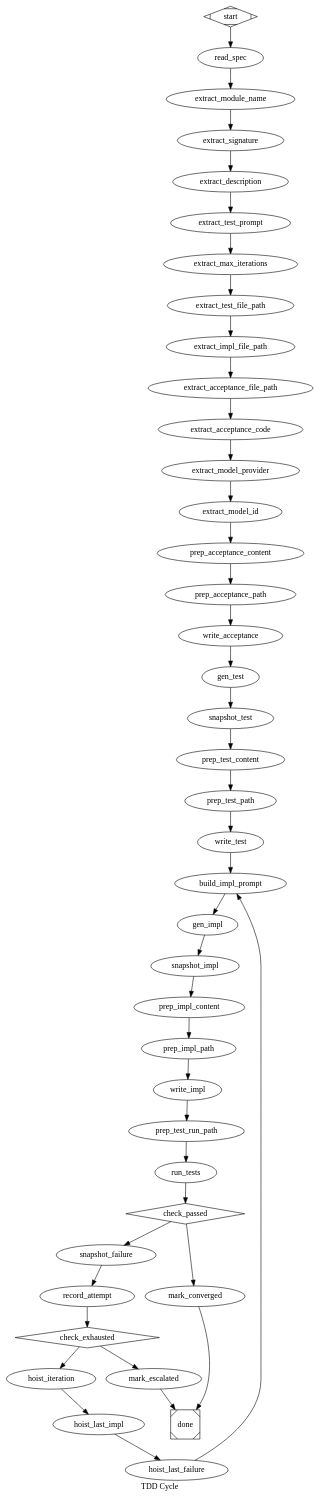
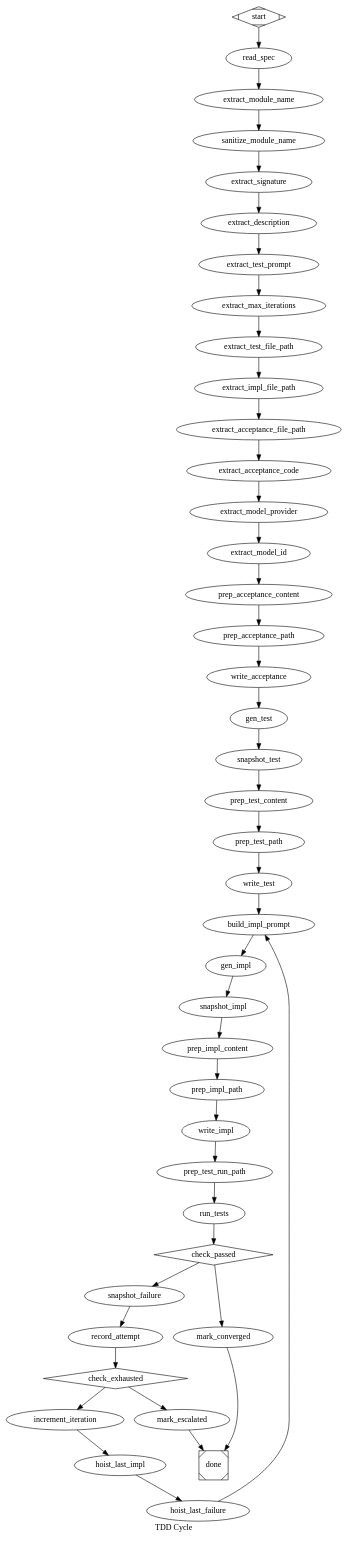
Before and after one commit to trust-arbor/arbor: the diagram in apps/arbor_orchestrator/specs/pipelines/examples/tdd-cycle.dot, drawn with Graphviz. The commit also changed 6 other files, not shown here.

Commit message:
Fix provider-backed example tests and TDD retry flow

```diff
--- a/apps/arbor_orchestrator/specs/pipelines/examples/tdd-cycle.dot
+++ b/apps/arbor_orchestrator/specs/pipelines/examples/tdd-cycle.dot
@@ -95,6 +95,16 @@
     transform="json_extract",
     source_key="last_response",
     expression="module_name",
+    output_key="module_name"
+  ]
+
+  // BuildImplPrompt treats the spec's module name as a control input. Keep
+  // its untrusted provenance and satisfy the action's command-injection gate
+  // before passing it into the implementation prompt.
+  sanitize_module_name [
+    type="sanitize",
+    sanitize="command_injection",
+    source_key="module_name",
     output_key="module_name"
   ]
 
@@ -222,7 +232,7 @@
     // (e.g. 1024) cuts off mid-CoT and we receive an empty answer.
     max_tokens="8192",
     temperature="0.1",
-    timeout="300000",
+    timeout="600000",
     system_prompt="You write complete, compilable ExUnit test modules for Elixir. Output ONLY the test module source, starting with `defmodule`. No markdown fences. No prose. REQUIREMENTS: (1) module name is the target module name with 'Test' appended (e.g. FizzBuzzTest); (2) MUST include `use ExUnit.Case` immediately inside the module; (3) use `test \"description\" do ... assert <expr> == <expected> end` for each case. Example shape: `defmodule FooTest do\\n  use ExUnit.Case\\n  test \"basic\" do\\n    assert Foo.bar(1) == 2\\n  end\\nend`. Never omit `use ExUnit.Case`.",
     prompt_context_key="test_prompt"
   ]
@@ -283,8 +293,8 @@
     use_tools="false",
     max_tokens="8192",
     temperature="0.3",
-    timeout="300000",
-    system_prompt="You implement Elixir modules. Output ONLY the module source code, starting with `defmodule`. No markdown fences. No prose. No explanation of your reasoning. Just the code. ELIXIR REMINDERS: (1) Strings are binaries, NOT lists. Use `<<h::binary-size(1), rest::binary>>` to pattern-match the first byte, NEVER `[h | t]` on a string. (2) `hd/1` and `tl/1` work on lists, not binaries; for binaries use binary pattern matching or `String.first/1` / `String.slice/3`. (3) Use binary concatenation `<>` for strings, not `++`. (4) When recursing over a string, the base case is `<<>>` (empty binary), not `[]`.",
+    timeout="600000",
+    system_prompt="You implement Elixir modules. Output ONLY the module source code, starting with `defmodule`. No markdown fences. No prose. No explanation of your reasoning. Just the code. ELIXIR REMINDERS: (1) Strings are binaries, NOT lists. Use `<<h::binary-size(1), rest::binary>>` to pattern-match the first byte, NEVER `[h | t]` on a string. (2) `hd/1` and `tl/1` work on lists, not binaries; for binaries use binary pattern matching or `String.first/1` / `String.slice/3`. (3) Use binary concatenation `<>` for strings, not `++`. (4) When recursing over a string, the base case is `<<>>` (empty binary), not `[]`. (5) `Enum.chunk_by/2` takes a ONE-argument key function such as `& &1`, not a two-argument comparator. (6) Use `List.to_string/1` to convert a charlist; `String.from_charlist/1` does not exist.",
     prompt_context_key="impl.prompt"
   ]
 
@@ -337,7 +347,7 @@
     type="exec",
     target="action",
     action="mix_test",
-    context_keys="path",
+    context_keys="path,workspace_id",
     output_prefix="tests"
   ]
 
@@ -374,16 +384,17 @@
     expression="exec.record_attempt.exhausted"
   ]
 
-  // Hoist the updated state into top-level keys so build_impl_prompt's
-  // context_keys lookup finds them by their bare names. (output_prefix
-  // would do this for free if it supported flat-key mode, but for
-  // record_attempt we want explicit renames.)
-  hoist_iteration [
+  // Keep the loop counter derived solely from the trusted prior counter.
+  // record_attempt also reads model output and test stdout, so its combined
+  // output provenance is untrusted and cannot be used as a control input.
+  increment_iteration [
     type="transform",
-    transform="identity",
-    source_key="exec.record_attempt.iteration",
+    transform="increment",
+    source_key="iteration",
     output_key="iteration"
   ]
+
+  // Hoist feedback data into the top-level keys expected by the next prompt.
 
   hoist_last_impl [
     type="transform",
@@ -426,7 +437,7 @@
   // file-write's metadata instead of the LLM-generated code.
   // Phase 0 flow: load spec → extract fields → write the held-out acceptance
   start -> read_spec
-  read_spec -> extract_module_name -> extract_signature -> extract_description
+  read_spec -> extract_module_name -> sanitize_module_name -> extract_signature -> extract_description
   extract_description -> extract_test_prompt -> extract_max_iterations
   extract_max_iterations -> extract_test_file_path -> extract_impl_file_path
   extract_impl_file_path -> extract_acceptance_file_path -> extract_acceptance_code
@@ -450,6 +461,6 @@
   check_exhausted -> mark_escalated [condition="context.exec.record_attempt.exhausted=true"]
   mark_escalated -> done
 
-  check_exhausted -> hoist_iteration [condition="context.exec.record_attempt.exhausted!=true"]
-  hoist_iteration -> hoist_last_impl -> hoist_last_failure -> build_impl_prompt
+  check_exhausted -> increment_iteration [condition="context.exec.record_attempt.exhausted!=true"]
+  increment_iteration -> hoist_last_impl -> hoist_last_failure -> build_impl_prompt
 }
```
